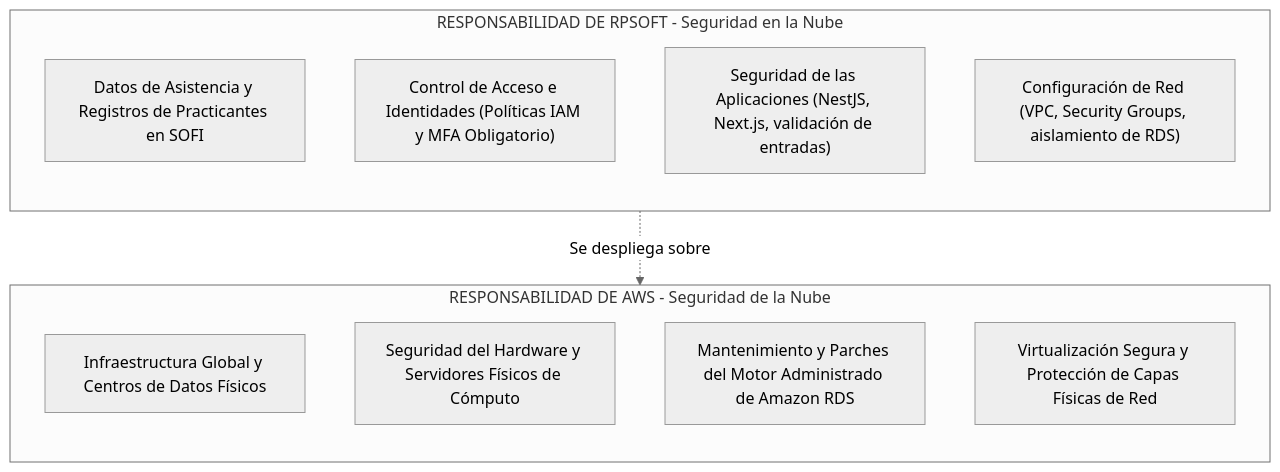
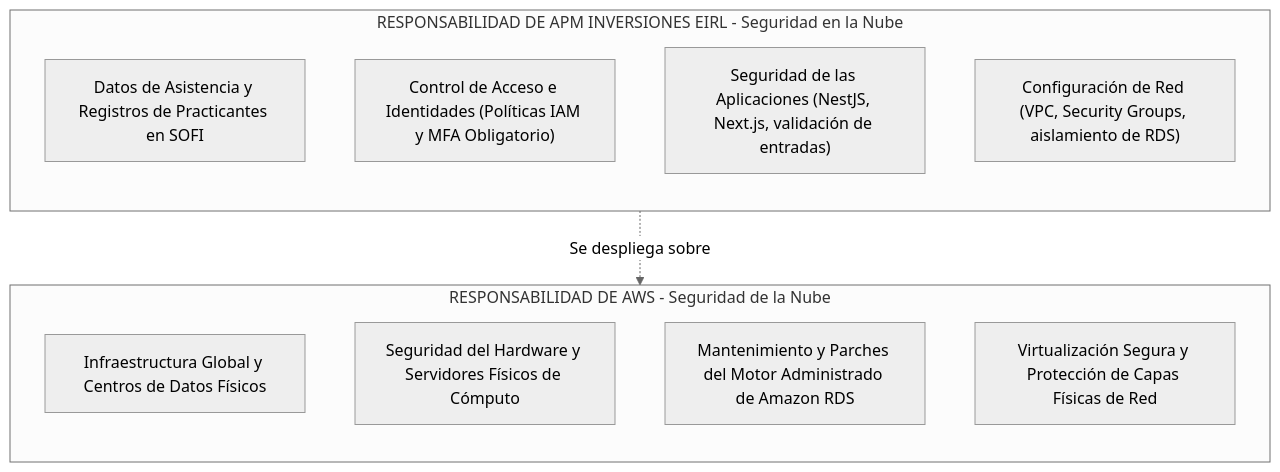
The third of 4 diagrams in entregable1_diagnostico_y_fundamentos_cloud.md (La-hermandad-del-codigo/presentacion-aws), drawn with Mermaid (neutral theme) before and after one commit. The commit also changed other lines of this file and 9 other files, not shown here.

Commit message:
cambio en nombre rpsoft por apm inversiones

````diff
--- a/entregable1_diagnostico_y_fundamentos_cloud.md
+++ b/entregable1_diagnostico_y_fundamentos_cloud.md
@@ -221,20 +221,20 @@
 ```mermaid
 flowchart TB
-    subgraph Cliente["RESPONSABILIDAD DE RPSOFT - Seguridad en la Nube"]
+    subgraph Cliente["RESPONSABILIDAD DE APM INVERSIONES EIRL - Seguridad en la Nube"]
         direction TB
         C1["Datos de Asistencia y Registros de Practicantes en SOFI"]
         C2["Control de Acceso e Identidades (Políticas IAM y MFA Obligatorio)"]
         C3["Seguridad de las Aplicaciones (NestJS, Next.js, validación de entradas)"]
         C4["Configuración de Red (VPC, Security Groups, aislamiento de RDS)"]
     end
 
     subgraph AWS["RESPONSABILIDAD DE AWS - Seguridad de la Nube"]
         direction TB
         A1["Infraestructura Global y Centros de Datos Físicos"]
         A2["Seguridad del Hardware y Servidores Físicos de Cómputo"]
         A3["Mantenimiento y Parches del Motor Administrado de Amazon RDS"]
         A4["Virtualización Segura y Protección de Capas Físicas de Red"]
     end
 
     C4 -.->|Se despliega sobre| A1
 ```
````
